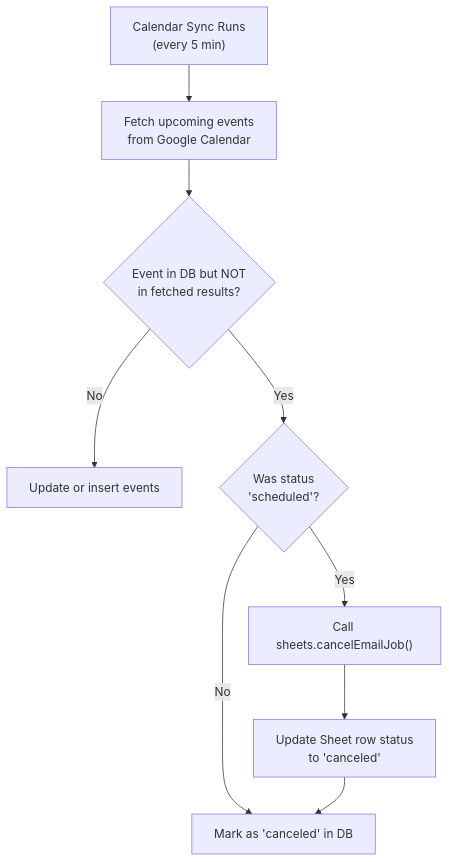
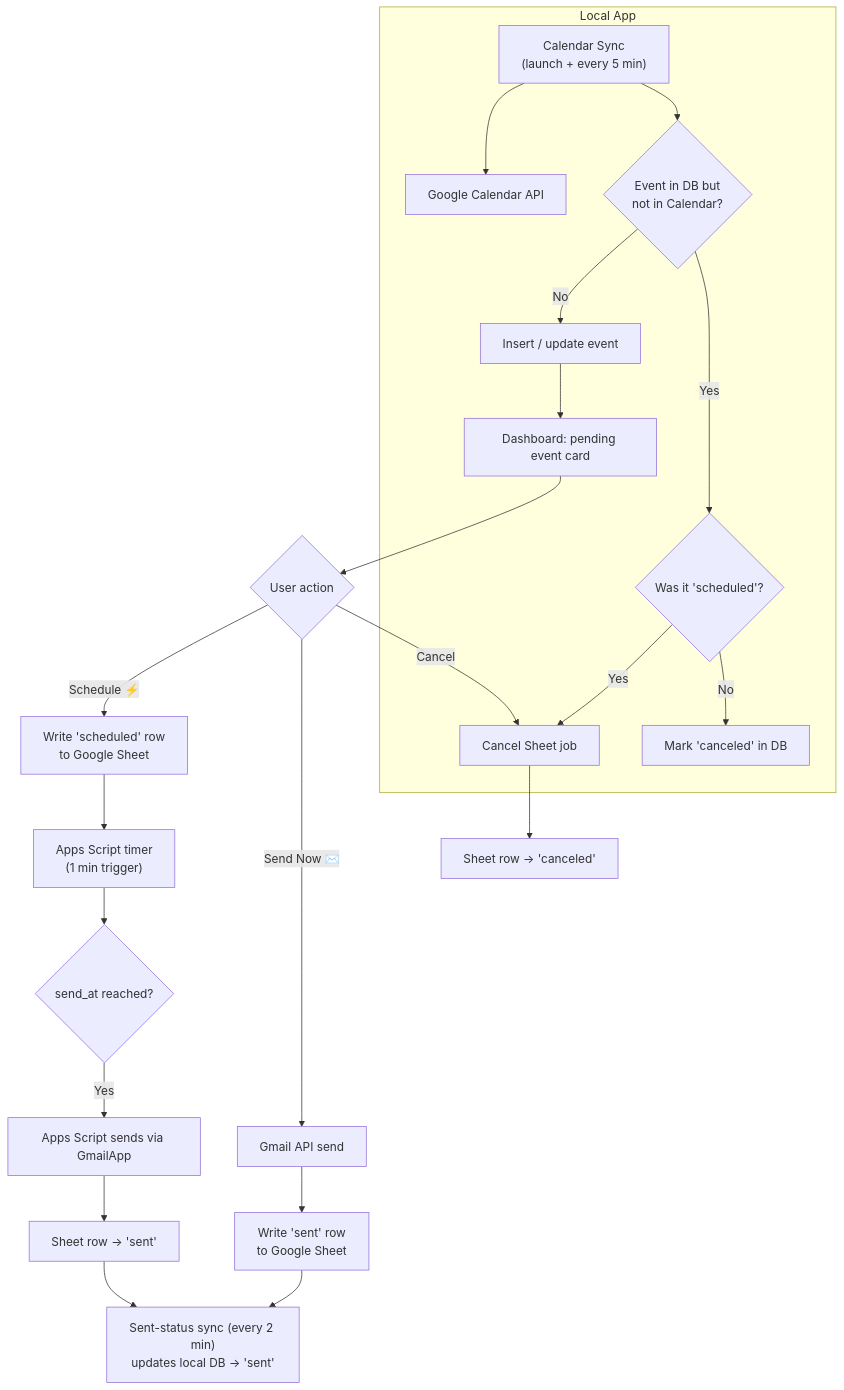
Before and after one commit to filipe-ferreira-vaz/Hermes: the first of 2 diagrams in README.md, drawn with Mermaid. The commit also changed other lines of this file, not shown here.

Commit message:
Rewrote README to be more presentable and user-friendly.

````diff
--- a/README.md
+++ b/README.md
@@ -83,11 +129,26 @@
 ```mermaid
 graph TD
-    A["Calendar Sync Runs<br>(every 5 min)"] --> B["Fetch upcoming events<br>from Google Calendar"]
-    B --> C{"Event in DB but NOT<br>in fetched results?"}
-    C -->|No| D["Update or insert events"]
-    C -->|Yes| E{"Was status<br>'scheduled'?"}
-    E -->|No| F["Mark as 'canceled' in DB"]
-    E -->|Yes| G["Call sheets.cancelEmailJob()"]
-    G --> H["Update Sheet row status<br>to 'canceled'"]
-    H --> F
+    subgraph "Local App"
+        A["Calendar Sync<br>(launch + every 5 min)"] --> B["Google Calendar API"]
+        A --> C{"Event in DB but<br>not in Calendar?"}
+        C -->|No| D["Insert / update event"]
+        C -->|Yes| E{"Was it 'scheduled'?"}
+        E -->|Yes| F["Cancel Sheet job"]
+        E -->|No| G["Mark 'canceled' in DB"]
+        D --> H["Dashboard: pending event card"]
+    end
+
+    H --> I{"User action"}
+    I -->|"Schedule ⚡"| J["Write 'scheduled' row<br>to Google Sheet"]
+    I -->|"Send Now ✉️"| K["Gmail API send"]
+    K --> L["Write 'sent' row<br>to Google Sheet"]
+    I -->|"Cancel"| F
+
+    F --> M["Sheet row → 'canceled'"]
+    J --> N["Apps Script timer<br>(1 min trigger)"]
+    N --> O{"send_at reached?"}
+    O -->|Yes| P["Apps Script sends via GmailApp"]
+    P --> Q["Sheet row → 'sent'"]
+    Q --> R["Sent-status sync (every 2 min)<br>updates local DB → 'sent'"]
+    L --> R
 ```
````
